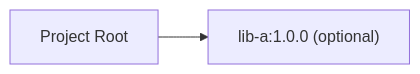
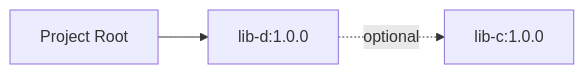
Before and after one commit to JavaDependencyHell/fieldguide: the diagram in demos/maven-demo/scenario-8-optional/guide.qmd, drawn with Mermaid. The commit also changed other lines of this file and 208 other files, not shown here.

````diff
--- a/demos/maven-demo/scenario-8-optional/guide.qmd
+++ b/demos/maven-demo/scenario-8-optional/guide.qmd
@@ -18,5 +19,6 @@
 ```{mermaid}
 %%| fig-width: 4.4
 graph LR
-    Root["Project Root"] --> LibA["lib-a:1.0.0 (optional)"]
+    Root["Project Root"] --> LibD["lib-d:1.0.0"]
+    LibD -. optional .-> LibC["lib-c:1.0.0"]
 ```
````
